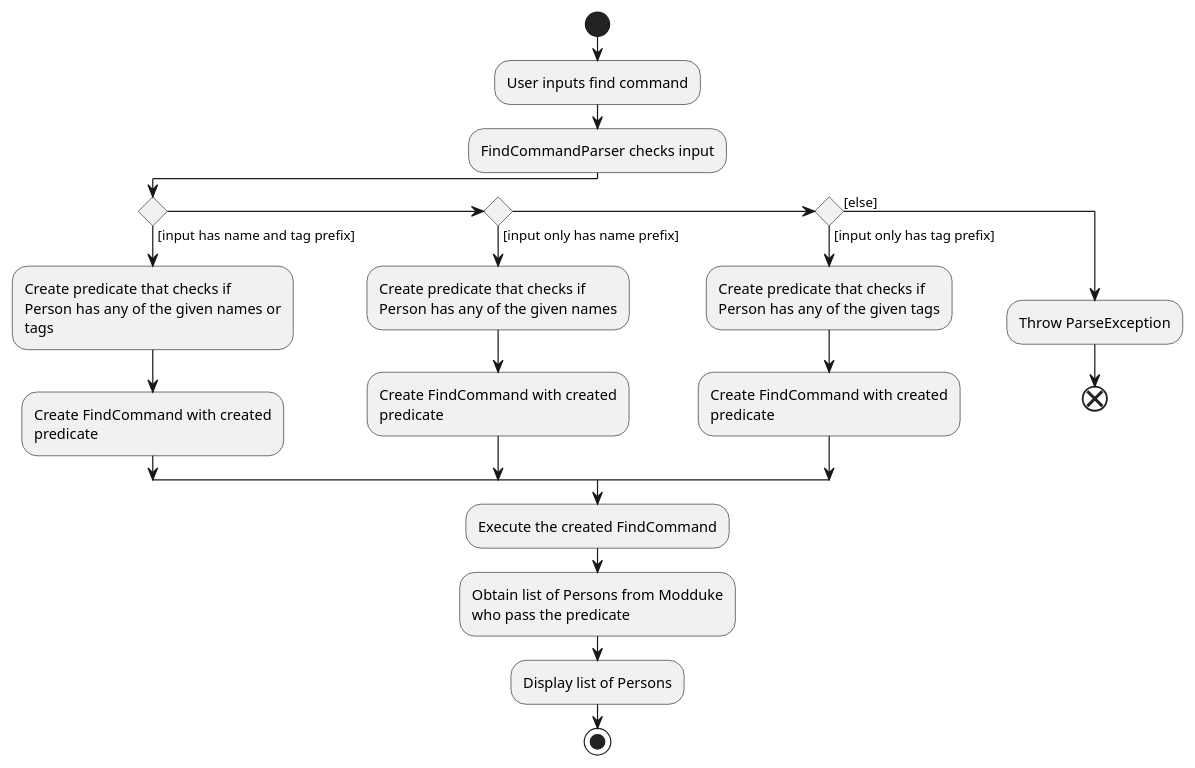
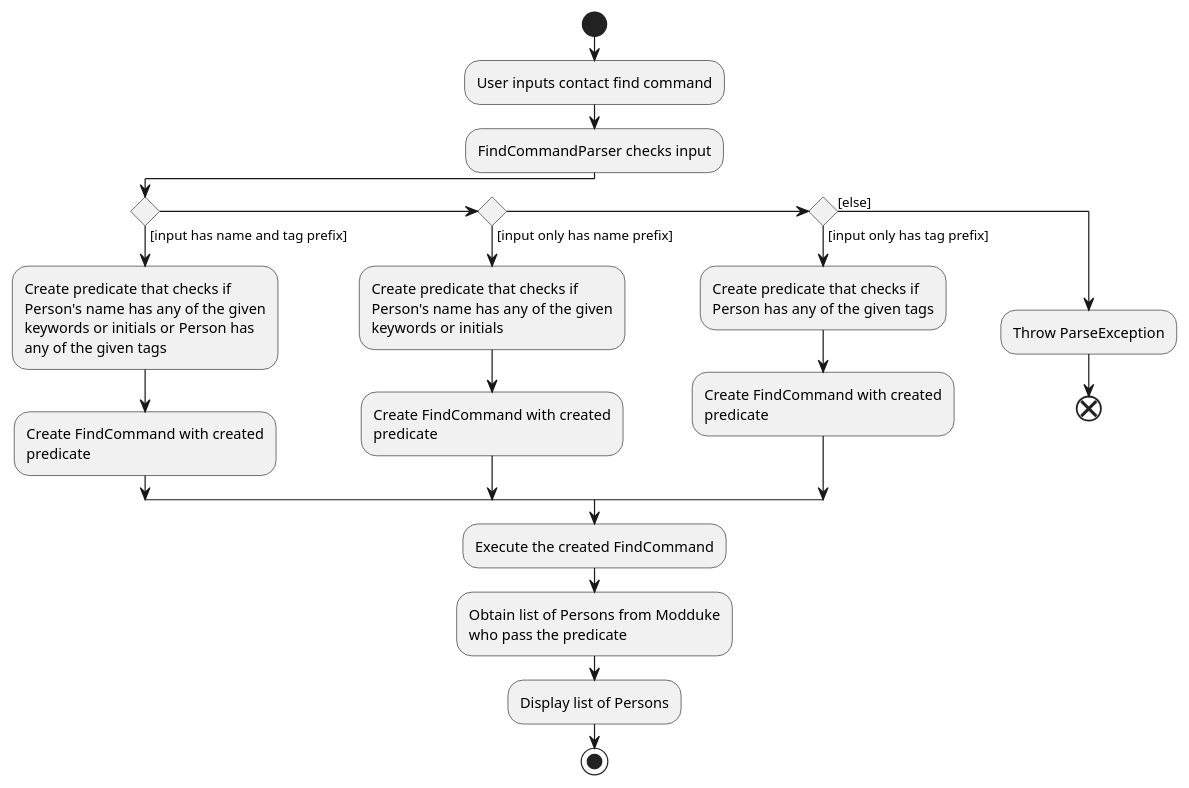
Before and after one commit to nus-cs2103-AY2021S1/tp: the diagram in docs/diagrams/FindActivityDiagram.puml, drawn with PlantUML. The commit also changed 1 other file, not shown here.

Commit message:
Update diagram and developer guide

```diff
--- a/docs/diagrams/FindActivityDiagram.puml
+++ b/docs/diagrams/FindActivityDiagram.puml
@@ -1,30 +1,32 @@
 @startuml
 start
-:User inputs find command;
+:User inputs contact find command;
 :FindCommandParser checks input;
 if() then ([input has name and tag prefix])
 :Create predicate that checks if
-Person has any of the given names or
-tags;
+Person's name has any of the given
+keywords or initials or Person has
+any of the given tags;
 :Create FindCommand with created
 predicate;
 elseif() then ([input only has name prefix])
 :Create predicate that checks if
-Person has any of the given names;
+Person's name has any of the given
+keywords or initials;
 :Create FindCommand with created
 predicate;
 elseif() then ([input only has tag prefix])
 :Create predicate that checks if
 Person has any of the given tags;
 :Create FindCommand with created
 predicate;
 else ([else])
 :Throw ParseException;
 end
 endif
 :Execute the created FindCommand;
 :Obtain list of Persons from Modduke
 who pass the predicate;
 :Display list of Persons;
 stop
 @enduml
```
